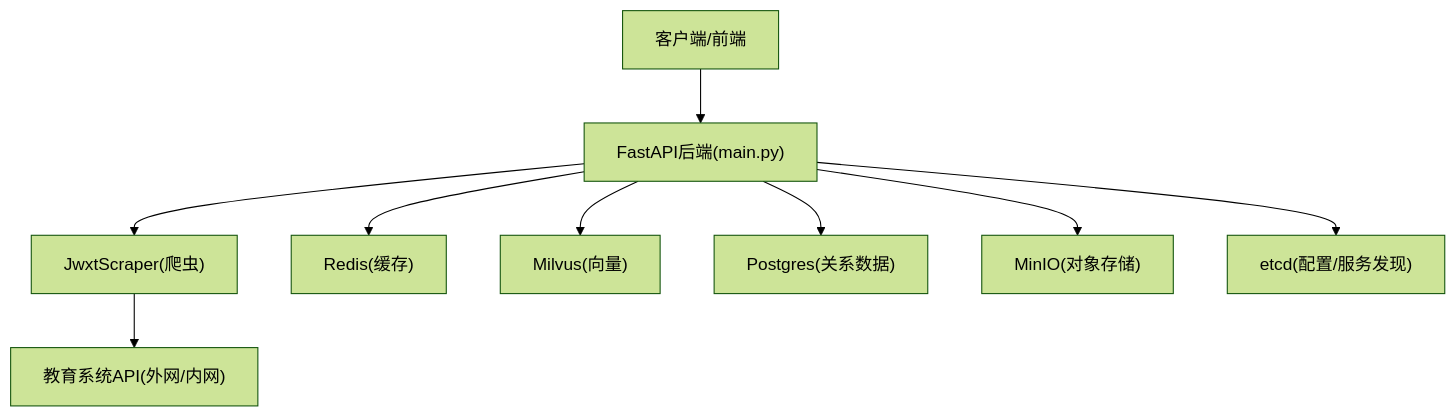
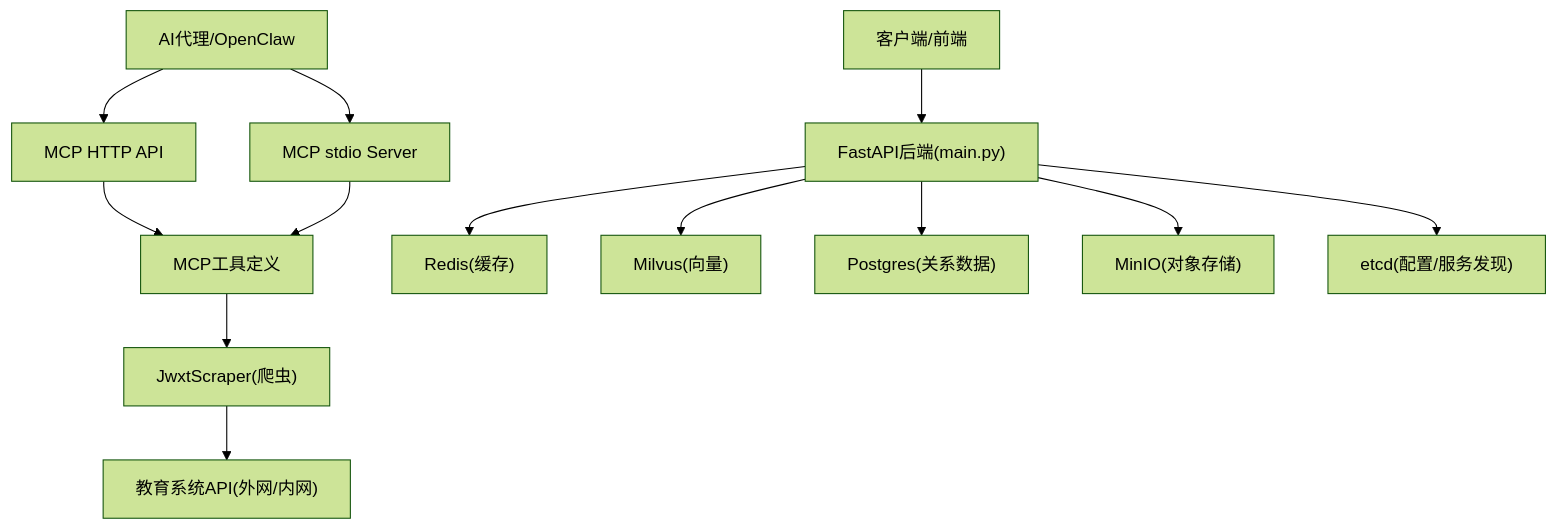
Before and after one commit to ghbbn053-ship-itsoulddog/soulddog: the second of 7 diagrams in .qoder/repowiki/zh/content/开发指南/扩展点与插件/第三方服务集成.md, drawn with Mermaid (forest theme). The commit also changed other lines of this file and 13 other files, not shown here.

````diff
--- a/.qoder/repowiki/zh/content/开发指南/扩展点与插件/第三方服务集成.md
+++ b/.qoder/repowiki/zh/content/开发指南/扩展点与插件/第三方服务集成.md
@@ -119,20 +148,28 @@
 ```mermaid
 graph TB
 Client["客户端/前端"]
+Agent["AI代理/OpenClaw"]
 API["FastAPI后端(main.py)"]
+MCP_HTTP["MCP HTTP API"]
+MCP_STDIO["MCP stdio Server"]
+MCP_Tools["MCP工具定义"]
 Scraper["JwxtScraper(爬虫)"]
 EduAPI["教育系统API(外网/内网)"]
 Cache["Redis(缓存)"]
 VectorDB["Milvus(向量)"]
 DB["Postgres(关系数据)"]
 Storage["MinIO(对象存储)"]
 Config["etcd(配置/服务发现)"]
 Client --> API
-API --> Scraper
+Agent --> MCP_HTTP
+Agent --> MCP_STDIO
+MCP_HTTP --> MCP_Tools
+MCP_STDIO --> MCP_Tools
+MCP_Tools --> Scraper
 Scraper --> EduAPI
 API --> Cache
 API --> VectorDB
 API --> DB
 API --> Storage
 API --> Config
 ```
````
